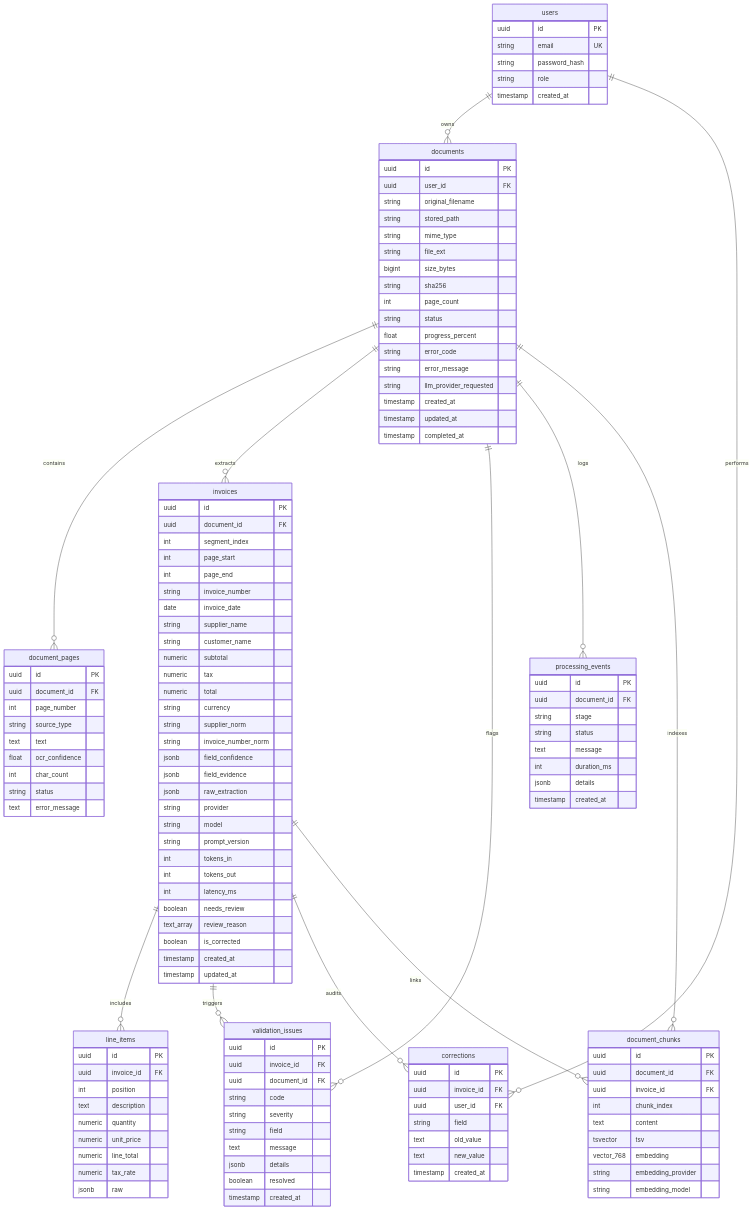
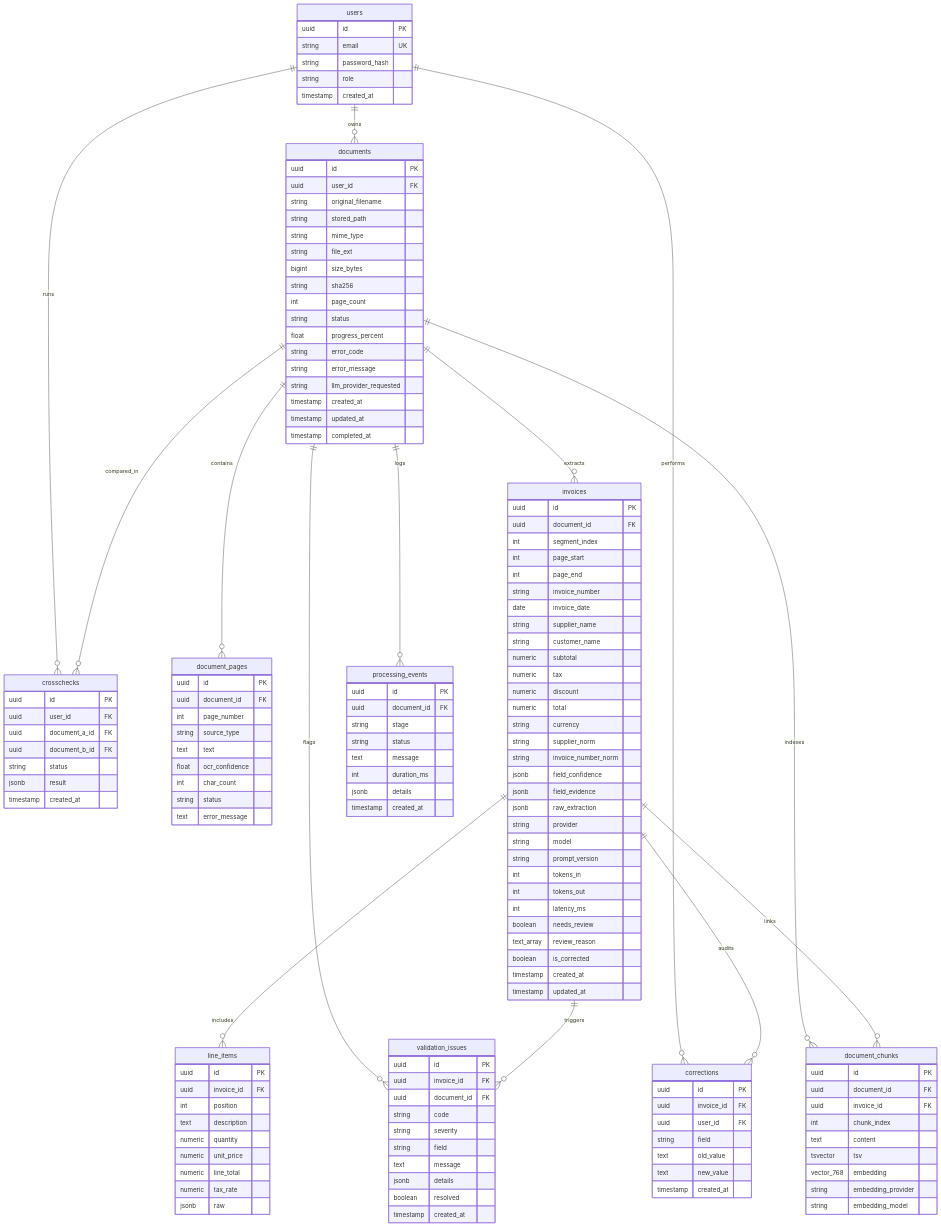
Before and after one commit to shovon74/doc-intelligence: the diagram in docs/DATABASE.md, drawn with Mermaid. The commit also changed other lines of this file and 10 other files, not shown here.

First line of the commit message:
docs: README, architecture, database, prompts, AI disclosure and evaluation report (WP9)

```diff
--- a/docs/DATABASE.md
+++ b/docs/DATABASE.md
@@ -6,6 +6,8 @@
 erDiagram
     users ||--o{ documents : owns
     users ||--o{ corrections : performs
+    users ||--o{ crosschecks : runs
+    documents ||--o{ crosschecks : compared_in
     documents ||--o{ document_pages : contains
     documents ||--o{ invoices : extracts
     documents ||--o{ validation_issues : flags
@@ -68,6 +70,7 @@
         string customer_name
         numeric subtotal
         numeric tax
+        numeric discount
         numeric total
         string currency
         string supplier_norm
@@ -123,6 +126,16 @@
         timestamp created_at
     }
 
+    crosschecks {
+        uuid id PK
+        uuid user_id FK
+        uuid document_a_id FK
+        uuid document_b_id FK
+        string status
+        jsonb result
+        timestamp created_at
+    }
+
     processing_events {
         uuid id PK
         uuid document_id FK
```
